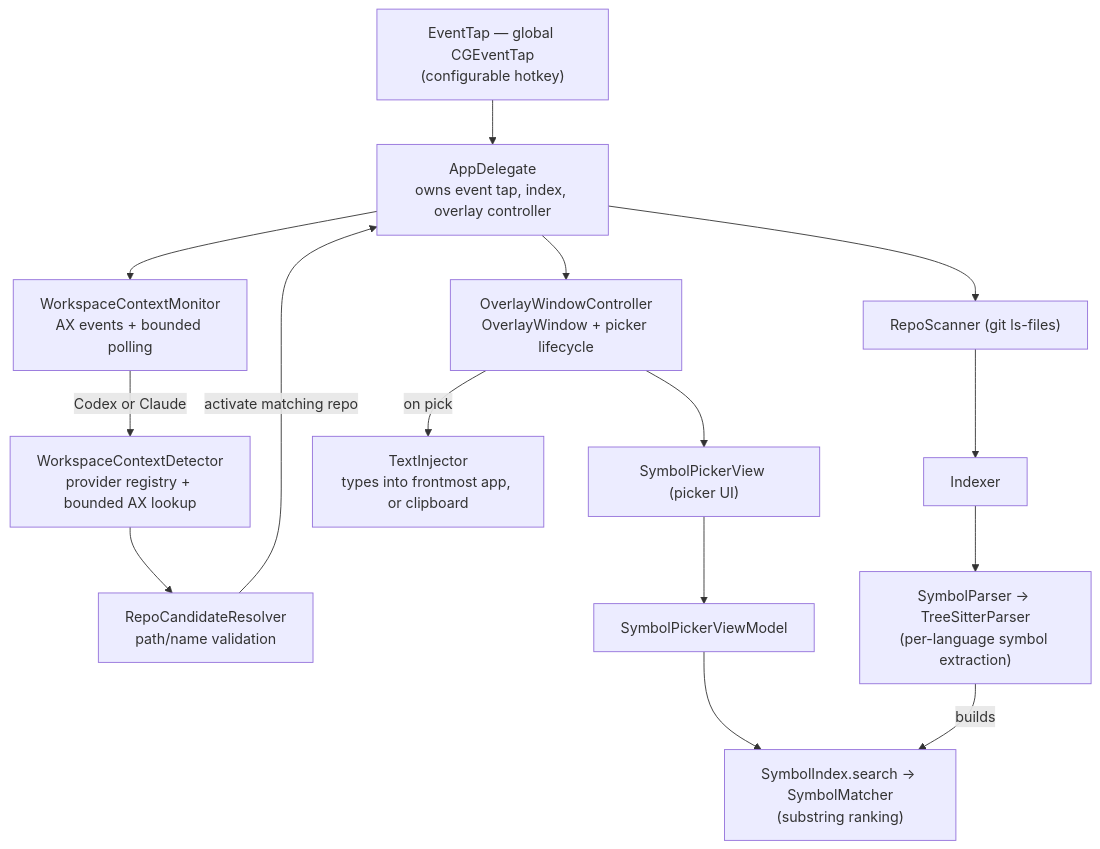
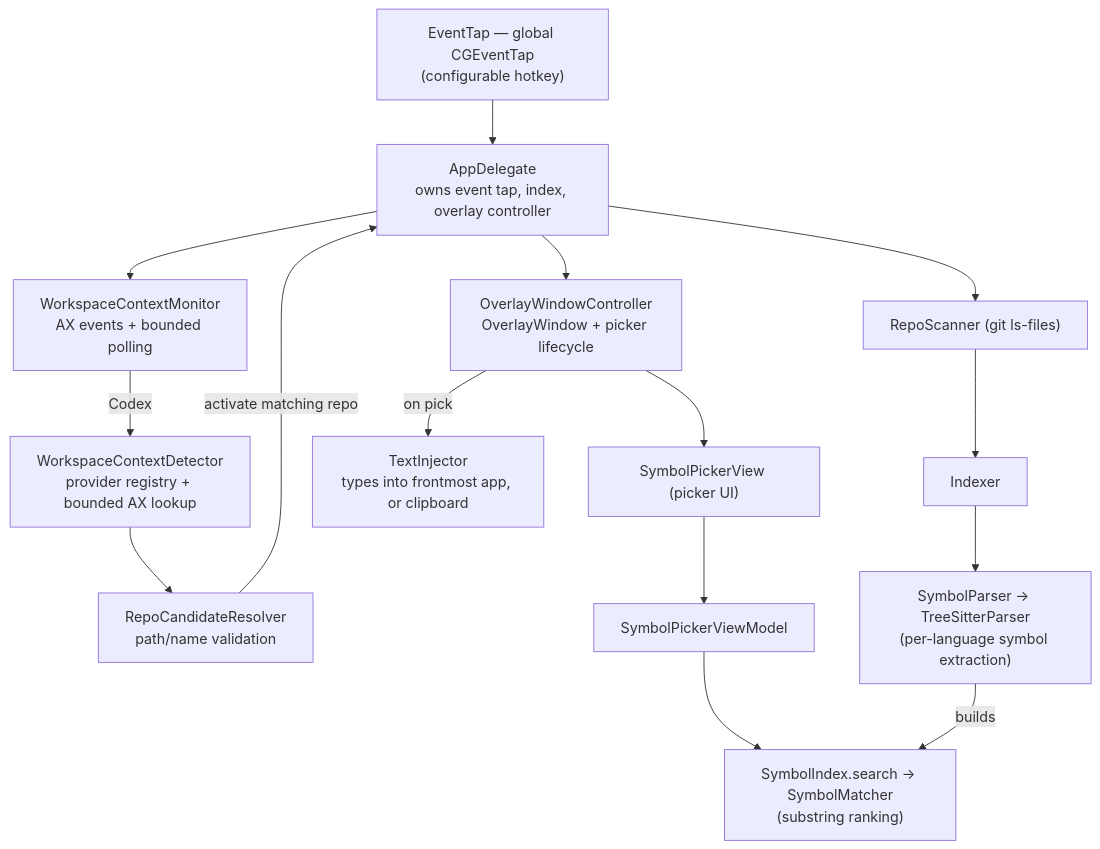
Before and after one commit to one-melange/symbol-scan: the diagram in README.md, drawn with Mermaid. The commit also changed other lines of this file and 9 other files, not shown here.

````diff
--- a/README.md
+++ b/README.md
@@ -109,28 +109,28 @@
 ```mermaid
 flowchart TD
     Trigger["EventTap — global CGEventTap<br/>(configurable hotkey)"]
     App["AppDelegate<br/>owns event tap, index, overlay controller"]
     Monitor["WorkspaceContextMonitor<br/>AX events + bounded polling"]
     Context["WorkspaceContextDetector<br/>provider registry + bounded AX lookup"]
     Resolver["RepoCandidateResolver<br/>path/name validation"]
     OWC["OverlayWindowController<br/>OverlayWindow + picker lifecycle"]
     View["SymbolPickerView (picker UI)"]
     VM["SymbolPickerViewModel"]
     Index["SymbolIndex.search → SymbolMatcher<br/>(substring ranking)"]
     Injector["TextInjector<br/>types into frontmost app, or clipboard"]
 
     Scanner["RepoScanner (git ls-files)"]
     Indexer["Indexer"]
     Parser["SymbolParser → TreeSitterParser<br/>(per-language symbol extraction)"]
 
     Trigger --> App
     App --> Monitor
-    Monitor -->|Codex or Claude| Context --> Resolver -->|activate matching repo| App
+    Monitor -->|Codex| Context --> Resolver -->|activate matching repo| App
     App --> OWC
     OWC --> View --> VM --> Index
     OWC -->|on pick| Injector
 
     App --> Scanner
     Scanner --> Indexer --> Parser
     Parser -->|builds| Index
 ```
````
